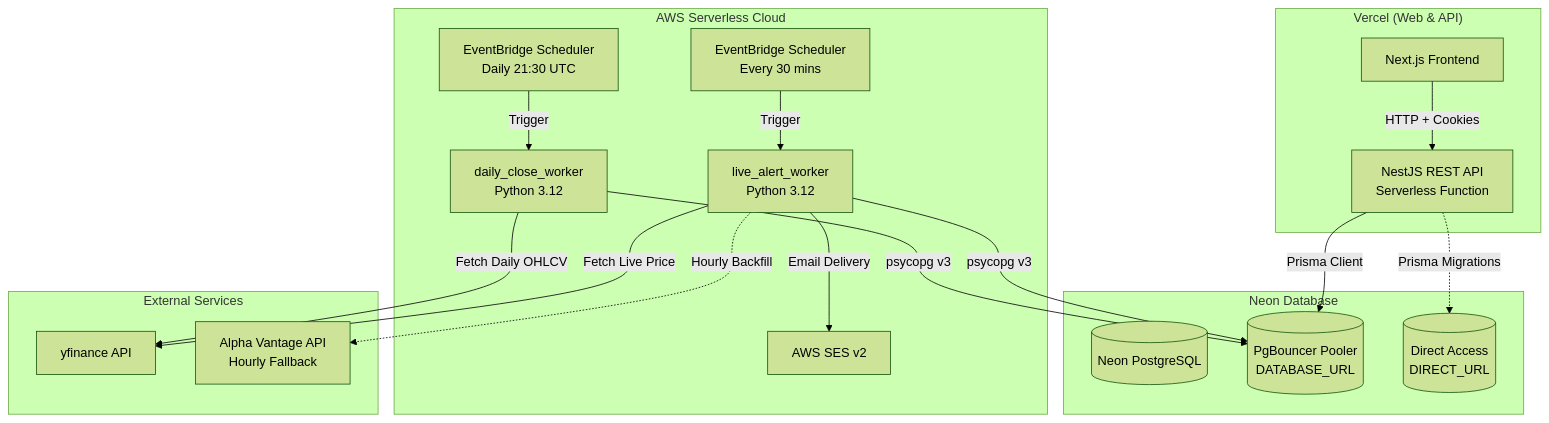
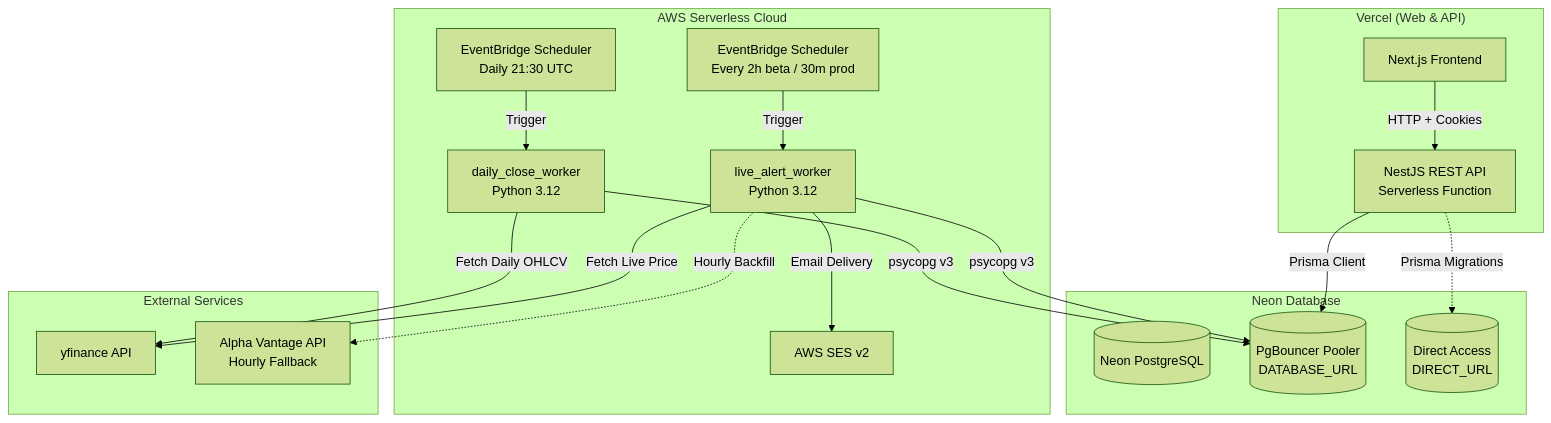
One commit to vikram42003/avgdown changed the first of 3 diagrams in DOCUMENTATION.md. Above: the diagram before and after it, drawn with Mermaid (forest theme). The commit also changed other lines of this file and 1 other file, not shown here.

````diff
--- a/DOCUMENTATION.md
+++ b/DOCUMENTATION.md
@@ -30,48 +30,48 @@
 ```mermaid
 graph TD
   subgraph Vercel ["Vercel (Web & API)"]
     WEB[Next.js Frontend]
     API[NestJS REST API\nServerless Function]
   end
 
   subgraph AWS ["AWS Serverless Cloud"]
-    EB_LIVE[EventBridge Scheduler\nEvery 30 mins]
+    EB_LIVE[EventBridge Scheduler\nEvery 2h beta / 30m prod]
     EB_DAILY[EventBridge Scheduler\nDaily 21:30 UTC]
 
     LAMBDA_LIVE[live_alert_worker\nPython 3.12]
     LAMBDA_DAILY[daily_close_worker\nPython 3.12]
 
     SES[AWS SES v2]
   end
 
   subgraph Database ["Neon Database"]
     PG[(Neon PostgreSQL)]
     PG_POOL[(PgBouncer Pooler\nDATABASE_URL)]
     PG_DIRECT[(Direct Access\nDIRECT_URL)]
   end
 
   subgraph External ["External Services"]
     YFINANCE[yfinance API]
     ALPHAVANTAGE[Alpha Vantage API\nHourly Fallback]
   end
 
   %% Relationships
   WEB -->|HTTP + Cookies| API
   API -->|Prisma Client| PG_POOL
 
   EB_LIVE -->|Trigger| LAMBDA_LIVE
   EB_DAILY -->|Trigger| LAMBDA_DAILY
 
   LAMBDA_LIVE -->|psycopg v3| PG_POOL
   LAMBDA_DAILY -->|psycopg v3| PG_POOL
 
   LAMBDA_LIVE -->|Fetch Live Price| YFINANCE
   LAMBDA_DAILY -->|Fetch Daily OHLCV| YFINANCE
 
   LAMBDA_LIVE -.->|Hourly Backfill| ALPHAVANTAGE
 
   LAMBDA_LIVE -->|Email Delivery| SES
 
   %% DB migrations
   API -.->|Prisma Migrations| PG_DIRECT
 ```
````
